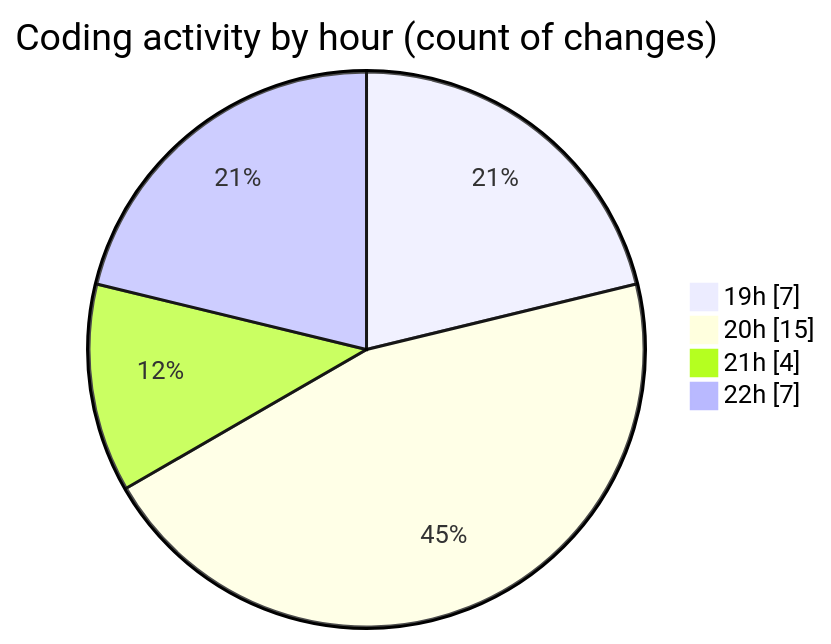
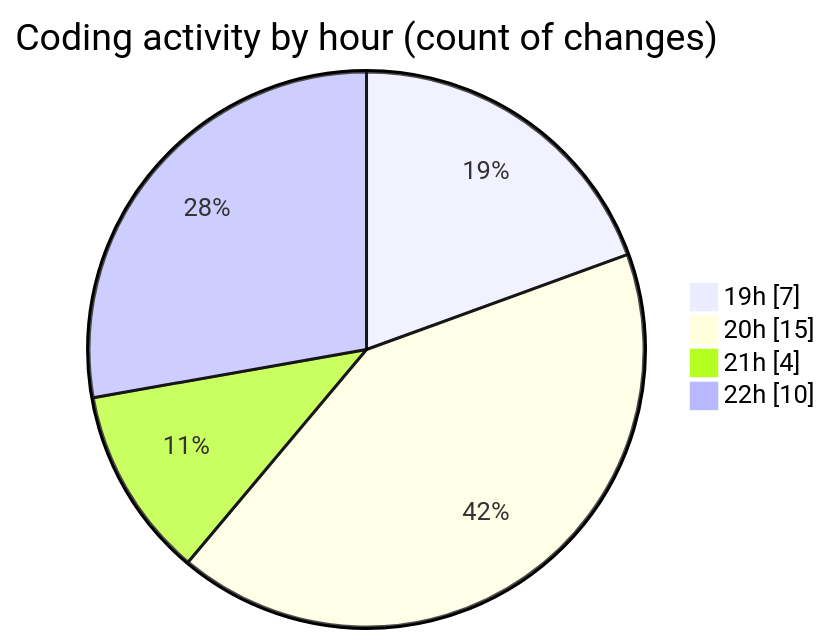
Before and after one commit to EIIisD/code-tracking: the second of 2 diagrams in 2025-07-10/fish/README.md, drawn with Mermaid. The commit also changed other lines of this file and 1 other file, not shown here.

````diff
--- a/2025-07-10/fish/README.md
+++ b/2025-07-10/fish/README.md
@@ -40,8 +42,8 @@
 ```mermaid
 pie showData
 title Coding activity by hour (count of changes)
 "19h" : 7
 "20h" : 15
 "21h" : 4
-"22h" : 7
+"22h" : 10
 ```
````
